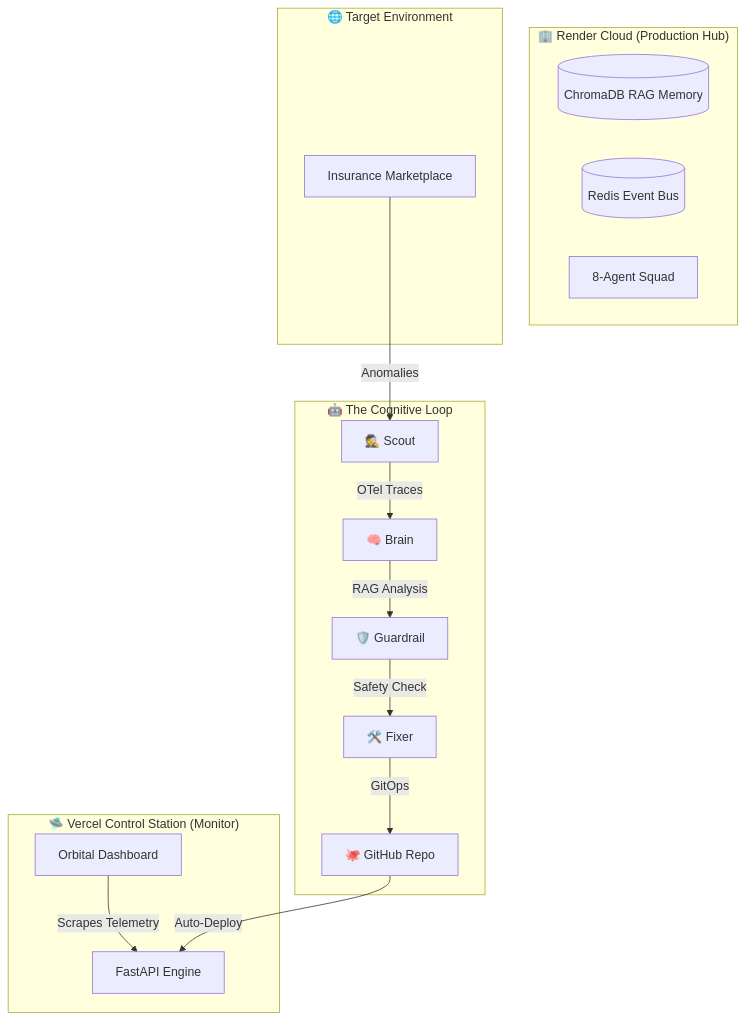
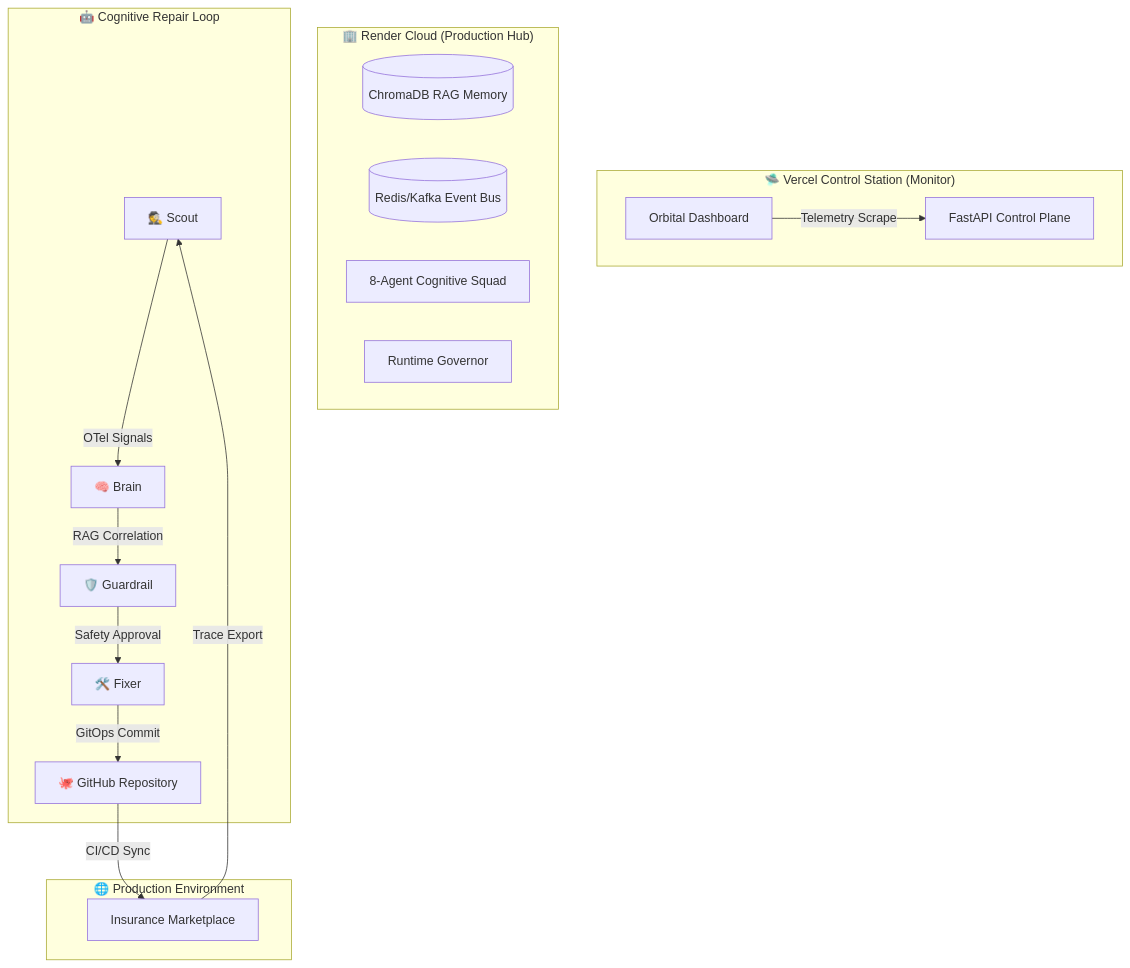
The first of 2 diagrams in README.md (mohammedsalmanj/sre.space-cp), drawn with Mermaid before and after one commit. The commit also changed other lines of this file, not shown here.

Commit message:
Docs v4.0: Master Architectural Documentation & Production Sign-off

````diff
--- a/README.md
+++ b/README.md
@@ -24,28 +36,29 @@
 ```mermaid
 graph TD
     subgraph "🛸 Vercel Control Station (Monitor)"
         UI[Orbital Dashboard]
-        UI -->|Scrapes Telemetry| RC
+        UI -->|Telemetry Scrape| RC
     end
 
     subgraph "🏢 Render Cloud (Production Hub)"
-        RC[FastAPI Engine]
+        RC[FastAPI Control Plane]
         DB[(ChromaDB RAG Memory)]
-        Bus[(Redis Event Bus)]
-        Agents[8-Agent Squad]
+        Bus[(Redis/Kafka Event Bus)]
+        Agents[8-Agent Cognitive Squad]
+        Guard[Runtime Governor]
     end
 
-    subgraph "🤖 The Cognitive Loop"
-        Scout[🕵️ Scout] -->|OTel Traces| Brain[🧠 Brain]
-        Brain -->|RAG Analysis| Guard[🛡️ Guardrail]
-        Guard -->|Safety Check| Fixer[🛠️ Fixer]
-        Fixer -->|GitOps| GitHub[🐙 GitHub Repo]
+    subgraph "🤖 Cognitive Repair Loop"
+        Scout[🕵️ Scout] -->|OTel Signals| Brain[🧠 Brain]
+        Brain -->|RAG Correlation| GuardRail[🛡️ Guardrail]
+        GuardRail -->|Safety Approval| Fixer[🛠️ Fixer]
+        Fixer -->|GitOps Commit| GitHub[🐙 GitHub Repository]
     end
 
-    subgraph "🌐 Target Environment"
-        Market[Insurance Marketplace]
-        Market -->|Anomalies| Scout
+    subgraph "🌐 Production Environment"
+        App[Insurance Marketplace]
+        App -->|Trace Export| Scout
     end
 
-    GitHub -->|Auto-Deploy| RC
+    GitHub -->|CI/CD Sync| App
 ```
````
